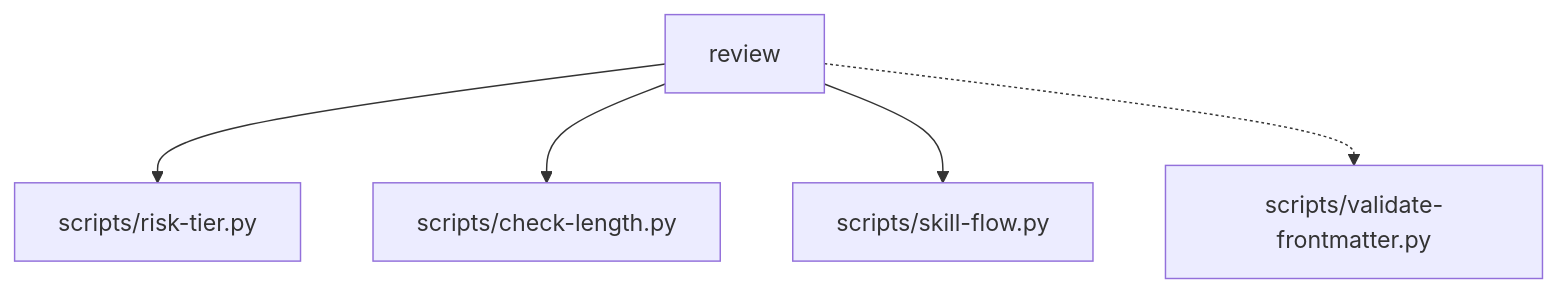
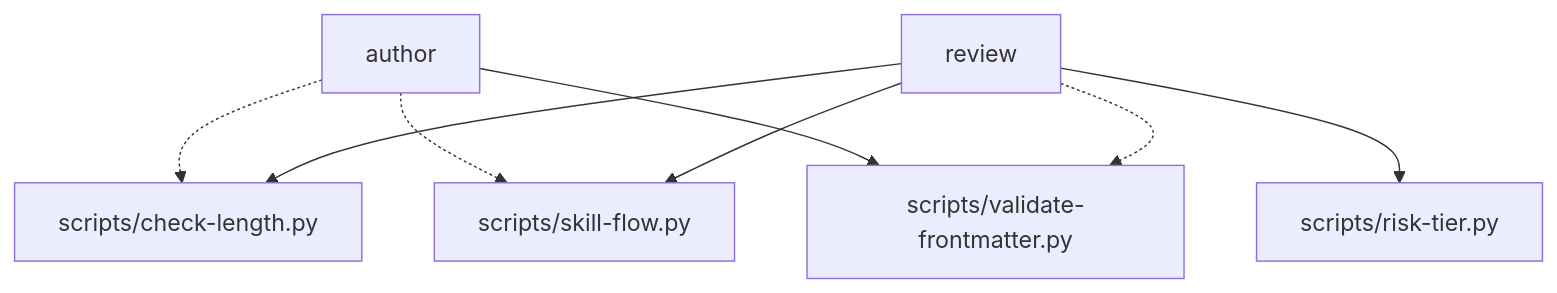
One commit to alecegg/varde changed the fourth of 4 diagrams in skills/varde-agent-doc-authoring/FLOW.md. Above: the diagram before and after it, drawn with Mermaid. The commit also changed other lines of this file and 269 other files, not shown here.

````diff
--- a/skills/varde-agent-doc-authoring/FLOW.md
+++ b/skills/varde-agent-doc-authoring/FLOW.md
@@ -83,12 +62,16 @@
 ```mermaid
 flowchart TD
   n0["scripts/check-length.py"]
   n1["scripts/risk-tier.py"]
   n2["scripts/skill-flow.py"]
   n3["scripts/validate-frontmatter.py"]
-  n4["review"]
-  n4 --> n1
-  n4 --> n0
-  n4 --> n2
-  n4 -.-> n3
+  n4["author"]
+  n5["review"]
+  n4 -.-> n0
+  n4 -.-> n2
+  n4 --> n3
+  n5 --> n1
+  n5 --> n0
+  n5 --> n2
+  n5 -.-> n3
 ```
````
